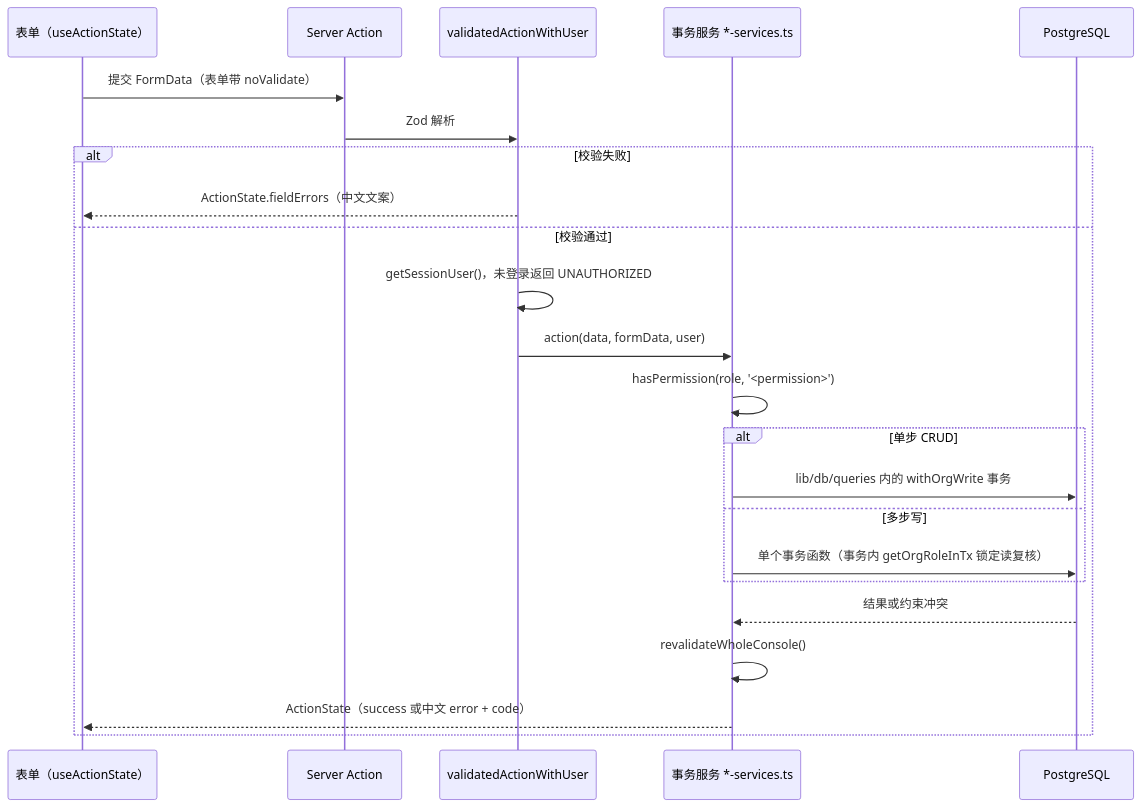
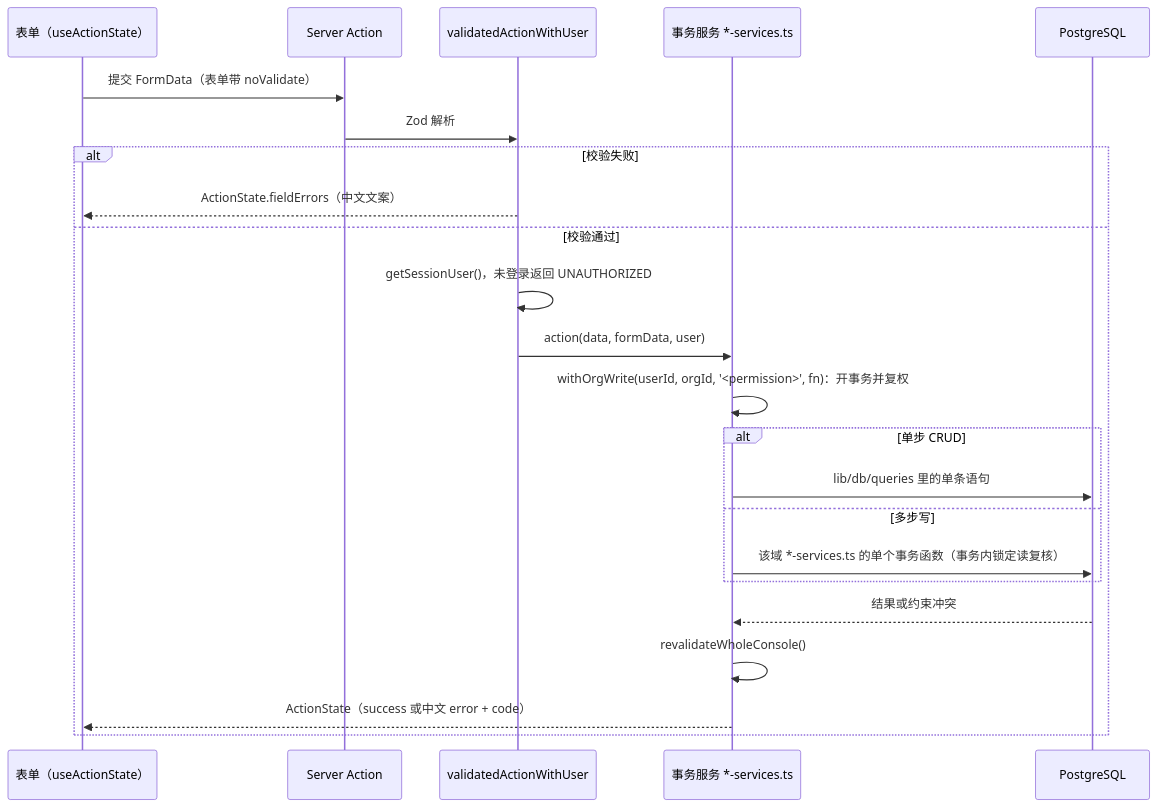
One commit to bobo522487/gramps changed the second of 4 diagrams in docs/architecture/07-运行视图-关键流程.md. Above: the diagram before and after it, drawn with Mermaid. The commit also changed 6 other files, not shown here.

````diff
--- a/docs/architecture/07-运行视图-关键流程.md
+++ b/docs/architecture/07-运行视图-关键流程.md
@@ -55,26 +55,26 @@
 ```mermaid
 sequenceDiagram
   participant F as 表单（useActionState）
   participant A as Server Action
   participant V as validatedActionWithUser
   participant S as 事务服务 *-services.ts
   participant D as PostgreSQL
 
   F->>A: 提交 FormData（表单带 noValidate）
   A->>V: Zod 解析
   alt 校验失败
     V-->>F: ActionState.fieldErrors（中文文案）
   else 校验通过
     V->>V: getSessionUser()，未登录返回 UNAUTHORIZED
     V->>S: action(data, formData, user)
-    S->>S: hasPermission(role, '<permission>')
+    S->>S: withOrgWrite(userId, orgId, '<permission>', fn)：开事务并复权
     alt 单步 CRUD
-      S->>D: lib/db/queries 内的 withOrgWrite 事务
+      S->>D: lib/db/queries 里的单条语句
     else 多步写
-      S->>D: 单个事务函数（事务内 getOrgRoleInTx 锁定读复核）
+      S->>D: 该域 *-services.ts 的单个事务函数（事务内锁定读复核）
     end
     D-->>S: 结果或约束冲突
     S->>S: revalidateWholeConsole()
     S-->>F: ActionState（success 或中文 error + code）
   end
 ```
````
